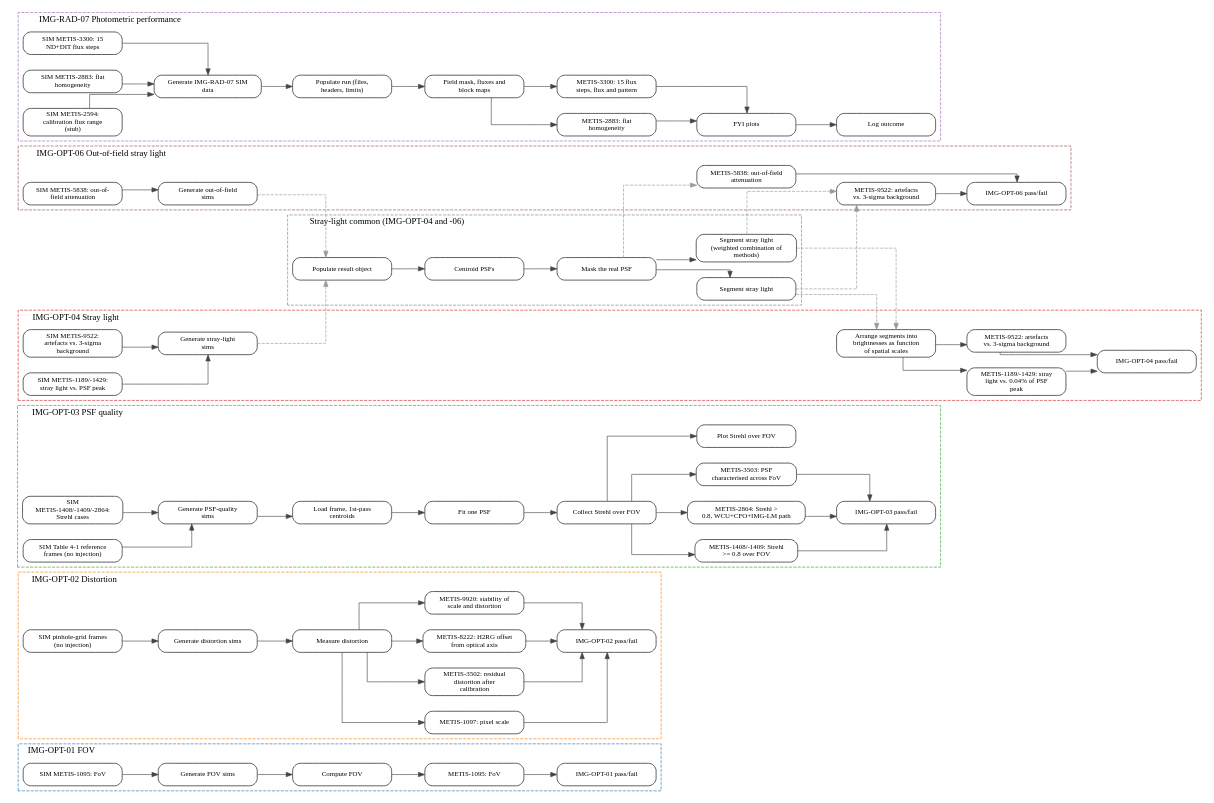
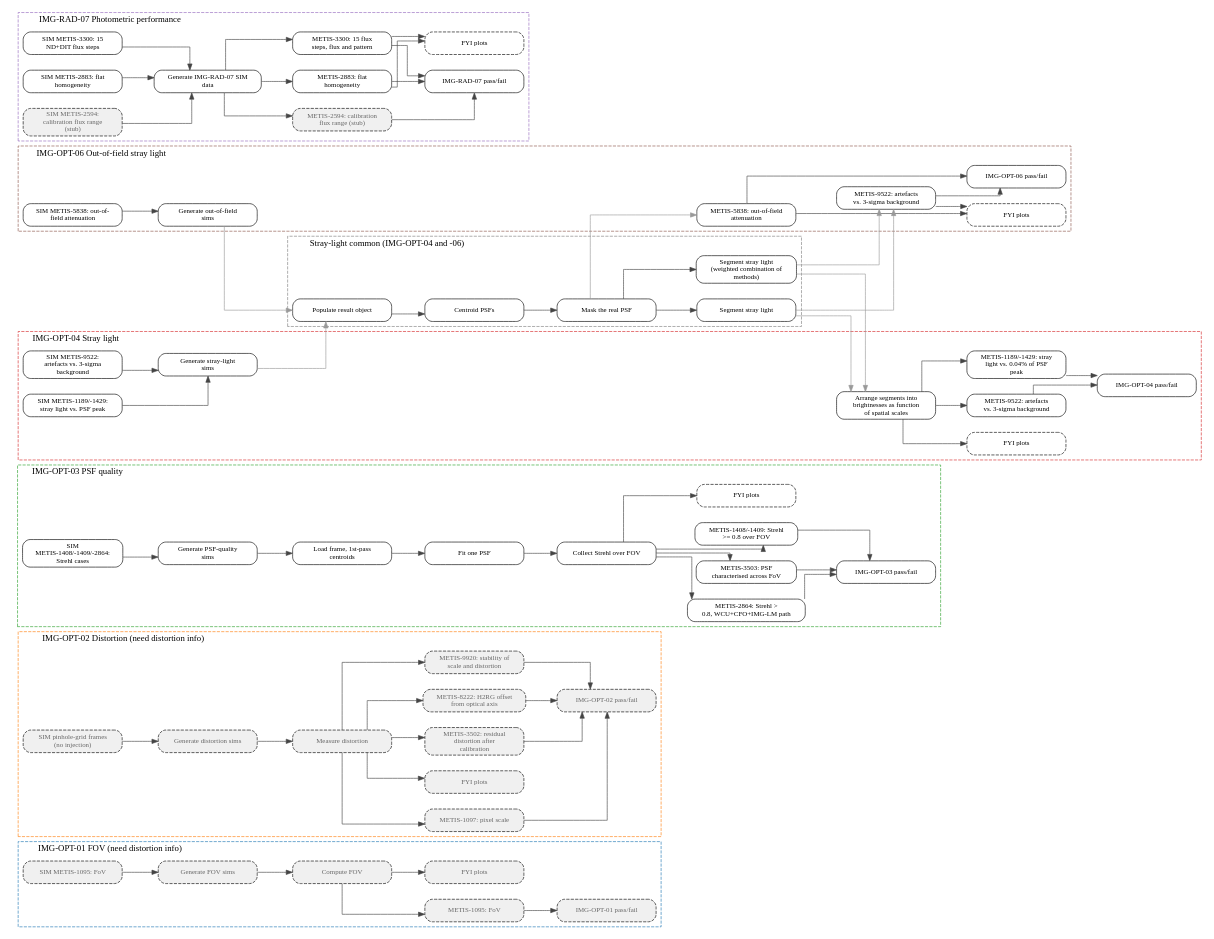
Before and after one commit to mwanakijiji/metis_work: the diagram in docs/uml/pipeline_flow.dot, drawn with Graphviz. The commit also changed 13 other files, not shown here.

Commit message:
updated flowcharts

```diff
--- a/docs/uml/pipeline_flow.dot
+++ b/docs/uml/pipeline_flow.dot
@@ -7,20 +7,21 @@
   node [shape=box, style="rounded,filled", fillcolor="white", width=2.2, fontsize=11];
   edge [color="#444444"];
 
-  subgraph cluster_img_opt_01_fov {
-    label="IMG-OPT-01 FOV";
+  subgraph cluster_img_opt_01_fov_need_distortion_info {
+    label="IMG-OPT-01 FOV (need distortion info)";
     labeljust=l;
     style="dashed";
     color="#1f77b4";
     sim_img_01_metis_1095;
     generate_fov_sim;
+    img_01_fyi_plots;
     fov_calc;
     metis_1095_fov_check;
     img_01_test_outcome;
   }
 
-  subgraph cluster_img_opt_02_distortion {
-    label="IMG-OPT-02 Distortion";
+  subgraph cluster_img_opt_02_distortion_need_distortion_info {
+    label="IMG-OPT-02 Distortion (need distortion info)";
     labeljust=l;
     style="dashed";
     color="#ff7f0e";
@@ -32,6 +33,7 @@
     metis_8222_detector_offset;
     metis_9920_scale_stability;
     img_02_test_outcome;
+    img_02_fyi_plots;
   }
 
   subgraph cluster_img_opt_03_psf_quality {
@@ -40,7 +42,6 @@
     style="dashed";
     color="#2ca02c";
     sim_img_03_strehl_cases;
-    sim_img_03_reference_frames;
     generate_psf_quality_sim;
     prepare_psf_grid;
     process_one_psf;
@@ -62,6 +63,7 @@
     metis_5838_attenuation;
     metis_9522_check;
     img_06_test_outcome;
+    img_06_fyi_plots;
   }
 
   subgraph cluster_stray_light_common_img_opt_04_and__06 {
@@ -88,6 +90,7 @@
     img_04_metis_1189_1429_check;
     img_04_metis_9522_check;
     img_04_test_outcome;
+    img_04_fyi_plots;
   }
 
   subgraph cluster_img_rad_07_photometric_performance {
@@ -99,47 +102,46 @@
     simulate_metis_2883;
     simulate_metis_3300;
     generate_phot_performance_sim;
-    img_rad_07_populate_run;
-    img_rad_07_reduce_flats;
+    img_rad_07_metis_2594_check;
     img_rad_07_metis_2883_check;
     img_rad_07_metis_3300_check;
-    img_rad_07_plots;
+    img_rad_07_fyi_plots;
     img_rad_07_log_test_outcome;
   }
 
-  sim_img_01_metis_1095 [label="SIM METIS-1095: FoV"];
-  generate_fov_sim [label="Generate FOV sims"];
-  sim_img_02_grid_frames [label="SIM pinhole-grid frames\n(no injection)"];
-  generate_distortion_sim [label="Generate distortion sims"];
+  sim_img_01_metis_1095 [label="SIM METIS-1095: FoV", style="rounded,dashed,filled", fillcolor="#f0f0f0", fontcolor="#666666"];
+  generate_fov_sim [label="Generate FOV sims", style="rounded,dashed,filled", fillcolor="#f0f0f0", fontcolor="#666666"];
+  sim_img_02_grid_frames [label="SIM pinhole-grid frames\n(no injection)", style="rounded,dashed,filled", fillcolor="#f0f0f0", fontcolor="#666666"];
+  generate_distortion_sim [label="Generate distortion sims", style="rounded,dashed,filled", fillcolor="#f0f0f0", fontcolor="#666666"];
   sim_img_03_strehl_cases [label="SIM\nMETIS-1408/-1409/-2864:\nStrehl cases"];
-  sim_img_03_reference_frames [label="SIM Table 4-1 reference\nframes (no injection)"];
   generate_psf_quality_sim [label="Generate PSF-quality\nsims"];
   sim_img_04_metis_1189_1429 [label="SIM METIS-1189/-1429:\nstray light vs. PSF peak"];
   sim_img_04_metis_9522 [label="SIM METIS-9522:\nartefacts vs. 3-sigma\nbackground"];
   generate_stray_light_sim [label="Generate stray-light\nsims"];
   sim_img_06_metis_5838 [label="SIM METIS-5838: out-of-\nfield attenuation"];
   generate_out_of_field_sim [label="Generate out-of-field\nsims"];
-  simulate_metis_2594 [label="SIM METIS-2594:\ncalibration flux range\n(stub)"];
+  simulate_metis_2594 [label="SIM METIS-2594:\ncalibration flux range\n(stub)", style="rounded,dashed,filled", fillcolor="#f0f0f0", fontcolor="#666666"];
   simulate_metis_2883 [label="SIM METIS-2883: flat\nhomogeneity"];
   simulate_metis_3300 [label="SIM METIS-3300: 15\nND+DIT flux steps"];
   generate_phot_performance_sim [label="Generate IMG-RAD-07 SIM\ndata"];
   prepare_psf_grid [label="Load frame, 1st-pass\ncentroids"];
   process_one_psf [label="Fit one PSF"];
   collect_strehls [label="Collect Strehl over FOV"];
-  plot_strehl_fov [label="Plot Strehl over FOV"];
+  plot_strehl_fov [label="FYI plots", style="rounded,dashed,filled"];
   img_03_metis_1408_1409_check [label="METIS-1408/-1409: Strehl\n>= 0.8 over FOV"];
   img_03_metis_2864_check [label="METIS-2864: Strehl >\n0.8, WCU+CFO+IMG-LM path"];
   img_03_metis_3503_check [label="METIS-3503: PSF\ncharacterised across FoV"];
   img_03_test_outcome [label="IMG-OPT-03 pass/fail"];
-  fov_calc [label="Compute FOV"];
-  metis_1095_fov_check [label="METIS-1095: FoV"];
-  img_01_test_outcome [label="IMG-OPT-01 pass/fail"];
-  image_distortion [label="Measure distortion"];
-  metis_1097_pixel_scale [label="METIS-1097: pixel scale"];
-  metis_3502_residual_distortion [label="METIS-3502: residual\ndistortion after\ncalibration"];
-  metis_8222_detector_offset [label="METIS-8222: H2RG offset\nfrom optical axis"];
-  metis_9920_scale_stability [label="METIS-9920: stability of\nscale and distortion"];
-  img_02_test_outcome [label="IMG-OPT-02 pass/fail"];
+  img_01_fyi_plots [label="FYI plots", style="rounded,dashed,filled", fillcolor="#f0f0f0", fontcolor="#666666"];
+  fov_calc [label="Compute FOV", style="rounded,dashed,filled", fillcolor="#f0f0f0", fontcolor="#666666"];
+  metis_1095_fov_check [label="METIS-1095: FoV", style="rounded,dashed,filled", fillcolor="#f0f0f0", fontcolor="#666666"];
+  img_01_test_outcome [label="IMG-OPT-01 pass/fail", style="rounded,dashed,filled", fillcolor="#f0f0f0", fontcolor="#666666"];
+  image_distortion [label="Measure distortion", style="rounded,dashed,filled", fillcolor="#f0f0f0", fontcolor="#666666"];
+  metis_1097_pixel_scale [label="METIS-1097: pixel scale", style="rounded,dashed,filled", fillcolor="#f0f0f0", fontcolor="#666666"];
+  metis_3502_residual_distortion [label="METIS-3502: residual\ndistortion after\ncalibration", style="rounded,dashed,filled", fillcolor="#f0f0f0", fontcolor="#666666"];
+  metis_8222_detector_offset [label="METIS-8222: H2RG offset\nfrom optical axis", style="rounded,dashed,filled", fillcolor="#f0f0f0", fontcolor="#666666"];
+  metis_9920_scale_stability [label="METIS-9920: stability of\nscale and distortion", style="rounded,dashed,filled", fillcolor="#f0f0f0", fontcolor="#666666"];
+  img_02_test_outcome [label="IMG-OPT-02 pass/fail", style="rounded,dashed,filled", fillcolor="#f0f0f0", fontcolor="#666666"];
   stray_light_brightness_spectrum [label="Arrange segments into\nbrightnesses as function\nof spatial scales"];
   img_04_metis_1189_1429_check [label="METIS-1189/-1429: stray\nlight vs. 0.04% of PSF\npeak"];
   img_04_metis_9522_check [label="METIS-9522: artefacts\nvs. 3-sigma background"];
@@ -147,22 +149,23 @@
   metis_5838_attenuation [label="METIS-5838: out-of-field\nattenuation"];
   metis_9522_check [label="METIS-9522: artefacts\nvs. 3-sigma background"];
   img_06_test_outcome [label="IMG-OPT-06 pass/fail"];
-  img_rad_07_populate_run [label="Populate run (files,\nheaders, limits)"];
-  img_rad_07_reduce_flats [label="Field mask, fluxes and\nblock maps"];
+  img_rad_07_metis_2594_check [label="METIS-2594: calibration\nflux range (stub)", style="rounded,dashed,filled", fillcolor="#f0f0f0", fontcolor="#666666"];
   img_rad_07_metis_2883_check [label="METIS-2883: flat\nhomogeneity"];
   img_rad_07_metis_3300_check [label="METIS-3300: 15 flux\nsteps, flux and pattern"];
-  img_rad_07_plots [label="FYI plots"];
-  img_rad_07_log_test_outcome [label="Log outcome"];
+  img_rad_07_fyi_plots [label="FYI plots", style="rounded,dashed,filled"];
+  img_rad_07_log_test_outcome [label="IMG-RAD-07 pass/fail"];
   populate_result_obj_info [label="Populate result object"];
   centroid_2passes_oversample [label="Centroid PSFs"];
   stray_light_mask_real [label="Mask the real PSF"];
   stray_light_segmentation [label="Segment stray light"];
   stray_light_segmentation_combined [label="Segment stray light\n(weighted combination of\nmethods)"];
+  img_02_fyi_plots [label="FYI plots", style="rounded,dashed,filled", fillcolor="#f0f0f0", fontcolor="#666666"];
+  img_04_fyi_plots [label="FYI plots", style="rounded,dashed,filled"];
+  img_06_fyi_plots [label="FYI plots", style="rounded,dashed,filled"];
 
-  { rank=same; sim_img_01_metis_1095; sim_img_02_grid_frames; sim_img_03_reference_frames; sim_img_03_strehl_cases; sim_img_06_metis_5838; sim_img_04_metis_1189_1429; sim_img_04_metis_9522; simulate_metis_2594; simulate_metis_2883; simulate_metis_3300; }
+  { rank=same; sim_img_01_metis_1095; sim_img_02_grid_frames; sim_img_03_strehl_cases; sim_img_06_metis_5838; sim_img_04_metis_1189_1429; sim_img_04_metis_9522; simulate_metis_2594; simulate_metis_2883; simulate_metis_3300; }
   sim_img_01_metis_1095 -> sim_img_02_grid_frames [style=invis];
-  sim_img_02_grid_frames -> sim_img_03_reference_frames [style=invis];
-  sim_img_03_reference_frames -> sim_img_03_strehl_cases [style=invis];
+  sim_img_02_grid_frames -> sim_img_03_strehl_cases [style=invis];
   sim_img_03_strehl_cases -> sim_img_06_metis_5838 [style=invis];
   sim_img_06_metis_5838 -> sim_img_04_metis_1189_1429 [style=invis];
   sim_img_04_metis_1189_1429 -> sim_img_04_metis_9522 [style=invis];
@@ -175,46 +178,48 @@
   generate_psf_quality_sim -> generate_out_of_field_sim [style=invis];
   generate_out_of_field_sim -> generate_stray_light_sim [style=invis];
   generate_stray_light_sim -> generate_phot_performance_sim [style=invis];
-  { rank=same; fov_calc; image_distortion; prepare_psf_grid; populate_result_obj_info; img_rad_07_populate_run; }
+  { rank=same; fov_calc; image_distortion; prepare_psf_grid; populate_result_obj_info; img_rad_07_metis_2594_check; img_rad_07_metis_2883_check; img_rad_07_metis_3300_check; }
   fov_calc -> image_distortion [style=invis];
   image_distortion -> prepare_psf_grid [style=invis];
   prepare_psf_grid -> populate_result_obj_info [style=invis];
-  populate_result_obj_info -> img_rad_07_populate_run [style=invis];
-  { rank=same; metis_1095_fov_check; metis_1097_pixel_scale; metis_3502_residual_distortion; metis_8222_detector_offset; metis_9920_scale_stability; process_one_psf; centroid_2passes_oversample; img_rad_07_reduce_flats; }
-  metis_1095_fov_check -> metis_1097_pixel_scale [style=invis];
+  populate_result_obj_info -> img_rad_07_metis_2594_check [style=invis];
+  img_rad_07_metis_2594_check -> img_rad_07_metis_2883_check [style=invis];
+  img_rad_07_metis_2883_check -> img_rad_07_metis_3300_check [style=invis];
+  { rank=same; img_01_fyi_plots; metis_1095_fov_check; img_02_fyi_plots; metis_1097_pixel_scale; metis_3502_residual_distortion; metis_8222_detector_offset; metis_9920_scale_stability; process_one_psf; centroid_2passes_oversample; img_rad_07_fyi_plots; img_rad_07_log_test_outcome; }
+  img_01_fyi_plots -> metis_1095_fov_check [style=invis];
+  metis_1095_fov_check -> img_02_fyi_plots [style=invis];
+  img_02_fyi_plots -> metis_1097_pixel_scale [style=invis];
   metis_1097_pixel_scale -> metis_3502_residual_distortion [style=invis];
   metis_3502_residual_distortion -> metis_8222_detector_offset [style=invis];
   metis_8222_detector_offset -> metis_9920_scale_stability [style=invis];
   metis_9920_scale_stability -> process_one_psf [style=invis];
   process_one_psf -> centroid_2passes_oversample [style=invis];
-  centroid_2passes_oversample -> img_rad_07_reduce_flats [style=invis];
-  { rank=same; img_01_test_outcome; img_02_test_outcome; collect_strehls; stray_light_mask_real; img_rad_07_metis_2883_check; img_rad_07_metis_3300_check; }
+  centroid_2passes_oversample -> img_rad_07_fyi_plots [style=invis];
+  img_rad_07_fyi_plots -> img_rad_07_log_test_outcome [style=invis];
+  { rank=same; img_01_test_outcome; img_02_test_outcome; collect_strehls; stray_light_mask_real; }
   img_01_test_outcome -> img_02_test_outcome [style=invis];
   img_02_test_outcome -> collect_strehls [style=invis];
   collect_strehls -> stray_light_mask_real [style=invis];
-  stray_light_mask_real -> img_rad_07_metis_2883_check [style=invis];
-  img_rad_07_metis_2883_check -> img_rad_07_metis_3300_check [style=invis];
-  { rank=same; img_03_metis_1408_1409_check; img_03_metis_2864_check; img_03_metis_3503_check; plot_strehl_fov; metis_5838_attenuation; stray_light_segmentation; stray_light_segmentation_combined; img_rad_07_plots; }
+  { rank=same; img_03_metis_1408_1409_check; img_03_metis_2864_check; img_03_metis_3503_check; plot_strehl_fov; metis_5838_attenuation; stray_light_segmentation; stray_light_segmentation_combined; }
   img_03_metis_1408_1409_check -> img_03_metis_2864_check [style=invis];
   img_03_metis_2864_check -> img_03_metis_3503_check [style=invis];
   img_03_metis_3503_check -> plot_strehl_fov [style=invis];
   plot_strehl_fov -> metis_5838_attenuation [style=invis];
   metis_5838_attenuation -> stray_light_segmentation [style=invis];
   stray_light_segmentation -> stray_light_segmentation_combined [style=invis];
-  stray_light_segmentation_combined -> img_rad_07_plots [style=invis];
-  { rank=same; img_03_test_outcome; metis_9522_check; stray_light_brightness_spectrum; img_rad_07_log_test_outcome; }
+  { rank=same; img_03_test_outcome; metis_9522_check; stray_light_brightness_spectrum; }
   img_03_test_outcome -> metis_9522_check [style=invis];
   metis_9522_check -> stray_light_brightness_spectrum [style=invis];
-  stray_light_brightness_spectrum -> img_rad_07_log_test_outcome [style=invis];
-  { rank=same; img_06_test_outcome; img_04_metis_1189_1429_check; img_04_metis_9522_check; }
-  img_06_test_outcome -> img_04_metis_1189_1429_check [style=invis];
+  { rank=same; img_06_fyi_plots; img_06_test_outcome; img_04_fyi_plots; img_04_metis_1189_1429_check; img_04_metis_9522_check; }
+  img_06_fyi_plots -> img_06_test_outcome [style=invis];
+  img_06_test_outcome -> img_04_fyi_plots [style=invis];
+  img_04_fyi_plots -> img_04_metis_1189_1429_check [style=invis];
   img_04_metis_1189_1429_check -> img_04_metis_9522_check [style=invis];
   { rank=same; img_04_test_outcome; }
 
   sim_img_01_metis_1095 -> generate_fov_sim [weight=10];
   sim_img_02_grid_frames -> generate_distortion_sim [weight=10];
   sim_img_03_strehl_cases -> generate_psf_quality_sim [weight=10];
-  sim_img_03_reference_frames -> generate_psf_quality_sim [weight=10];
   sim_img_04_metis_1189_1429 -> generate_stray_light_sim [weight=10];
   sim_img_04_metis_9522 -> generate_stray_light_sim [weight=10];
   sim_img_06_metis_5838 -> generate_out_of_field_sim [weight=10];
@@ -231,6 +236,7 @@
   img_03_metis_1408_1409_check -> img_03_test_outcome [weight=10];
   img_03_metis_2864_check -> img_03_test_outcome [weight=10];
   img_03_metis_3503_check -> img_03_test_outcome [weight=10];
+  fov_calc -> img_01_fyi_plots [weight=10];
   generate_fov_sim -> fov_calc [weight=10];
   fov_calc -> metis_1095_fov_check [weight=10];
   metis_1095_fov_check -> img_01_test_outcome [weight=10];
@@ -243,28 +249,33 @@
   metis_3502_residual_distortion -> img_02_test_outcome [weight=10];
   metis_8222_detector_offset -> img_02_test_outcome [weight=10];
   metis_9920_scale_stability -> img_02_test_outcome [weight=10];
-  stray_light_segmentation -> stray_light_brightness_spectrum [style=dashed, color="#999999", constraint=false];
-  stray_light_segmentation_combined -> stray_light_brightness_spectrum [style=dashed, color="#999999", constraint=false];
+  stray_light_segmentation -> stray_light_brightness_spectrum [color="#999999", constraint=false];
+  stray_light_segmentation_combined -> stray_light_brightness_spectrum [color="#999999", constraint=false];
   stray_light_brightness_spectrum -> img_04_metis_1189_1429_check [weight=10];
   stray_light_brightness_spectrum -> img_04_metis_9522_check [weight=10];
   img_04_metis_1189_1429_check -> img_04_test_outcome [weight=10];
   img_04_metis_9522_check -> img_04_test_outcome [weight=10];
-  stray_light_mask_real -> metis_5838_attenuation [style=dashed, color="#999999", constraint=false];
-  stray_light_segmentation -> metis_9522_check [style=dashed, color="#999999", constraint=false];
-  stray_light_segmentation_combined -> metis_9522_check [style=dashed, color="#999999", constraint=false];
+  stray_light_mask_real -> metis_5838_attenuation [color="#999999", constraint=false];
+  stray_light_segmentation -> metis_9522_check [color="#999999", constraint=false];
+  stray_light_segmentation_combined -> metis_9522_check [color="#999999", constraint=false];
   metis_5838_attenuation -> img_06_test_outcome [weight=10];
   metis_9522_check -> img_06_test_outcome [weight=10];
-  generate_phot_performance_sim -> img_rad_07_populate_run [weight=10];
-  img_rad_07_populate_run -> img_rad_07_reduce_flats [weight=10];
-  img_rad_07_reduce_flats -> img_rad_07_metis_2883_check [weight=10];
-  img_rad_07_reduce_flats -> img_rad_07_metis_3300_check [weight=10];
-  img_rad_07_metis_2883_check -> img_rad_07_plots [weight=10];
-  img_rad_07_metis_3300_check -> img_rad_07_plots [weight=10];
-  img_rad_07_plots -> img_rad_07_log_test_outcome [weight=10];
-  generate_stray_light_sim -> populate_result_obj_info [style=dashed, color="#999999", constraint=false];
-  generate_out_of_field_sim -> populate_result_obj_info [style=dashed, color="#999999", constraint=false];
+  generate_phot_performance_sim -> img_rad_07_metis_2594_check [weight=10];
+  generate_phot_performance_sim -> img_rad_07_metis_2883_check [weight=10];
+  generate_phot_performance_sim -> img_rad_07_metis_3300_check [weight=10];
+  img_rad_07_metis_2883_check -> img_rad_07_fyi_plots [weight=10];
+  img_rad_07_metis_3300_check -> img_rad_07_fyi_plots [weight=10];
+  img_rad_07_metis_2594_check -> img_rad_07_log_test_outcome [weight=10];
+  img_rad_07_metis_2883_check -> img_rad_07_log_test_outcome [weight=10];
+  img_rad_07_metis_3300_check -> img_rad_07_log_test_outcome [weight=10];
+  generate_stray_light_sim -> populate_result_obj_info [color="#999999", constraint=false];
+  generate_out_of_field_sim -> populate_result_obj_info [color="#999999", constraint=false];
   populate_result_obj_info -> centroid_2passes_oversample [weight=10];
   centroid_2passes_oversample -> stray_light_mask_real [weight=10];
   stray_light_mask_real -> stray_light_segmentation [weight=10];
   stray_light_mask_real -> stray_light_segmentation_combined [weight=10];
+  image_distortion -> img_02_fyi_plots [weight=10];
+  stray_light_brightness_spectrum -> img_04_fyi_plots [weight=10];
+  metis_5838_attenuation -> img_06_fyi_plots [weight=10];
+  metis_9522_check -> img_06_fyi_plots [weight=10];
 }
```
